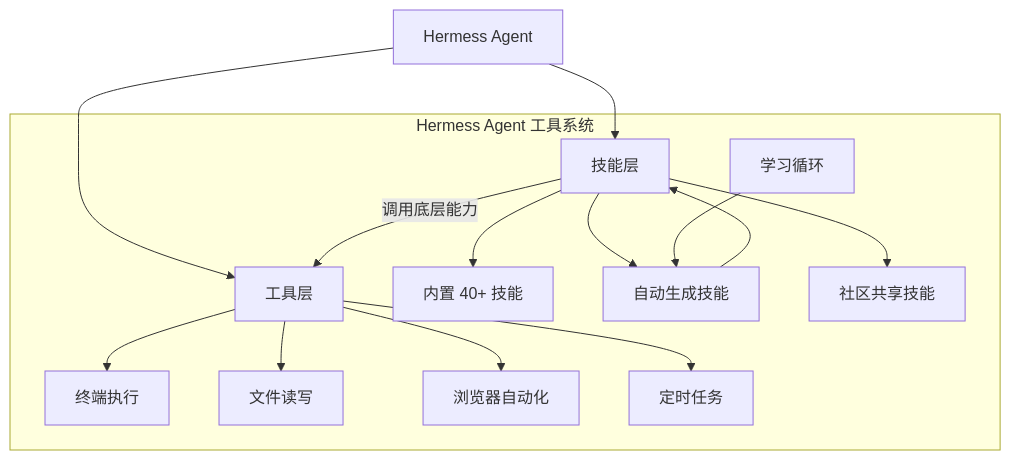
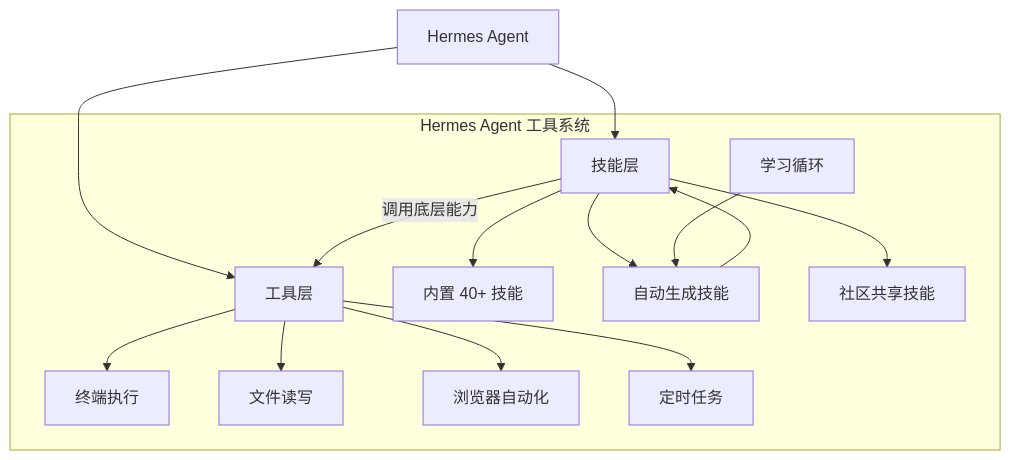
Before and after one commit to holny/Agent-Harness-Develop-Book: diagram 20 of 30 in README.md, drawn with Mermaid. The commit also changed other lines of this file, not shown here.

````diff
--- a/README.md
+++ b/README.md
@@ -2307,20 +2347,20 @@
 ```mermaid
 flowchart TD
-    subgraph Hermess [Hermess Agent 工具系统]
+    subgraph Hermes [Hermes Agent 工具系统]
         T[工具层] --> T1[终端执行]
         T --> T2[文件读写]
         T --> T3[浏览器自动化]
         T --> T4[定时任务]
         
         S[技能层] --> S1[内置 40+ 技能]
         S --> S2[自动生成技能]
         S --> S3[社区共享技能]
         
         L[学习循环] --> S2
         S2 --> S
     end
     
-    Agent[Hermess Agent] --> T
+    Agent[Hermes Agent] --> T
     Agent --> S
     S -- 调用底层能力 --> T
 ```
````
